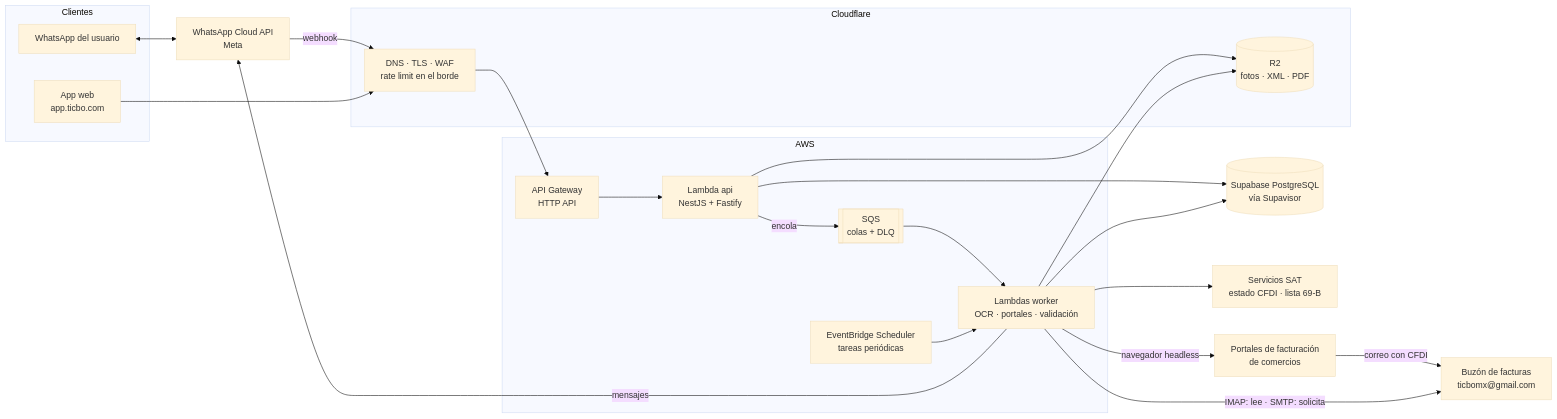
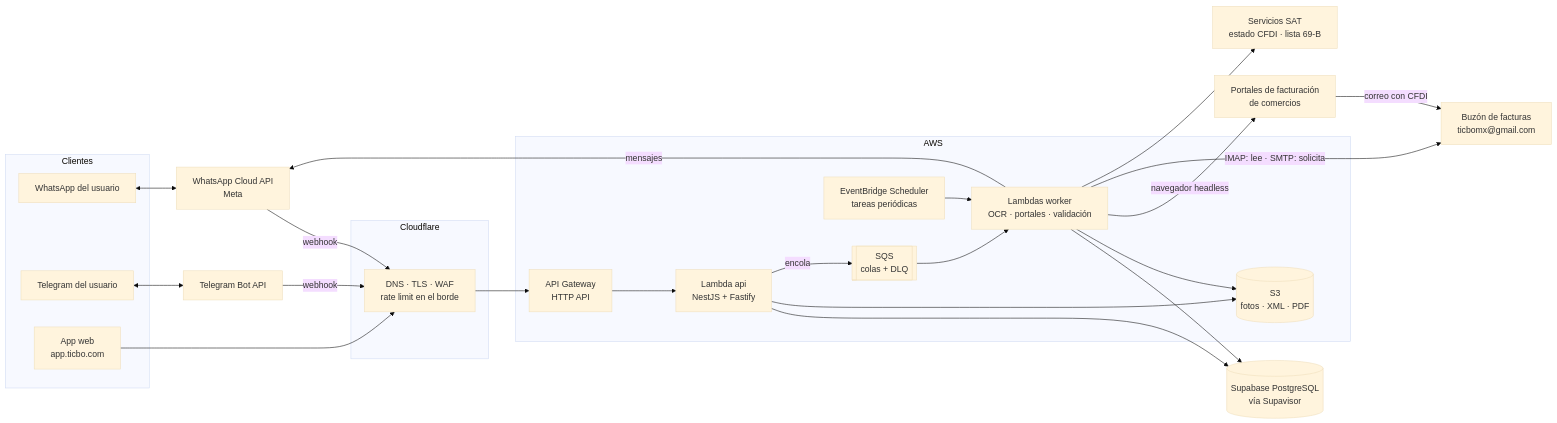
The first of 7 diagrams in docs/architecture/backend-design.md (AldoRxz/Escala-Ticbo-backend), drawn with Mermaid (base theme) before and after one commit. The commit also changed other lines of this file and 2 other files, not shown here.

````diff
--- a/docs/architecture/backend-design.md
+++ b/docs/architecture/backend-design.md
@@ -54,42 +54,46 @@
 ```mermaid
 flowchart LR
   subgraph Clientes
     WA[WhatsApp del usuario]
+    TGU[Telegram del usuario]
     WEB[App web<br/>app.ticbo.com]
   end
 
   subgraph Cloudflare
     CF[DNS · TLS · WAF<br/>rate limit en el borde]
-    R2[(R2<br/>fotos · XML · PDF)]
   end
 
   META[WhatsApp Cloud API<br/>Meta]
+  TG[Telegram Bot API]
   MAIL[Buzón de facturas<br/>ticbomx@gmail.com]
 
   subgraph AWS
     GW[API Gateway<br/>HTTP API]
     API[Lambda api<br/>NestJS + Fastify]
     SQS[[SQS<br/>colas + DLQ]]
     WORKER[Lambdas worker<br/>OCR · portales · validación]
     SCHED[EventBridge Scheduler<br/>tareas periódicas]
+    FILES[(S3<br/>fotos · XML · PDF)]
   end
 
   PG[(Supabase PostgreSQL<br/>vía Supavisor)]
   PORTALES[Portales de facturación<br/>de comercios]
   SAT[Servicios SAT<br/>estado CFDI · lista 69-B]
 
   WA <--> META
+  TGU <--> TG
   META -- webhook --> CF --> GW --> API
+  TG -- webhook --> CF
   WEB --> CF
   API --> PG
-  API --> R2
+  API --> FILES
   API -- encola --> SQS --> WORKER
   SCHED --> WORKER
   WORKER --> PG
-  WORKER --> R2
+  WORKER --> FILES
   WORKER -- mensajes --> META
   WORKER -- navegador headless --> PORTALES
   PORTALES -- correo con CFDI --> MAIL
   WORKER -- IMAP: lee · SMTP: solicita --> MAIL
   WORKER --> SAT
 ```
````
